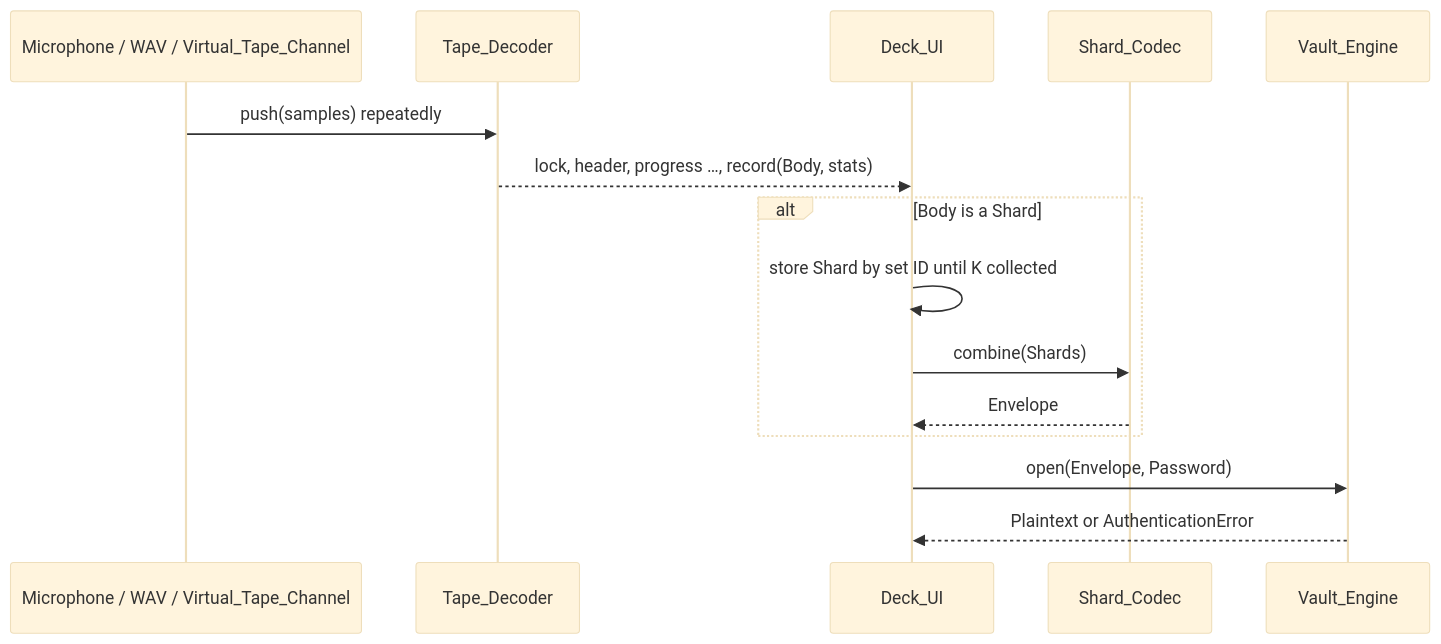
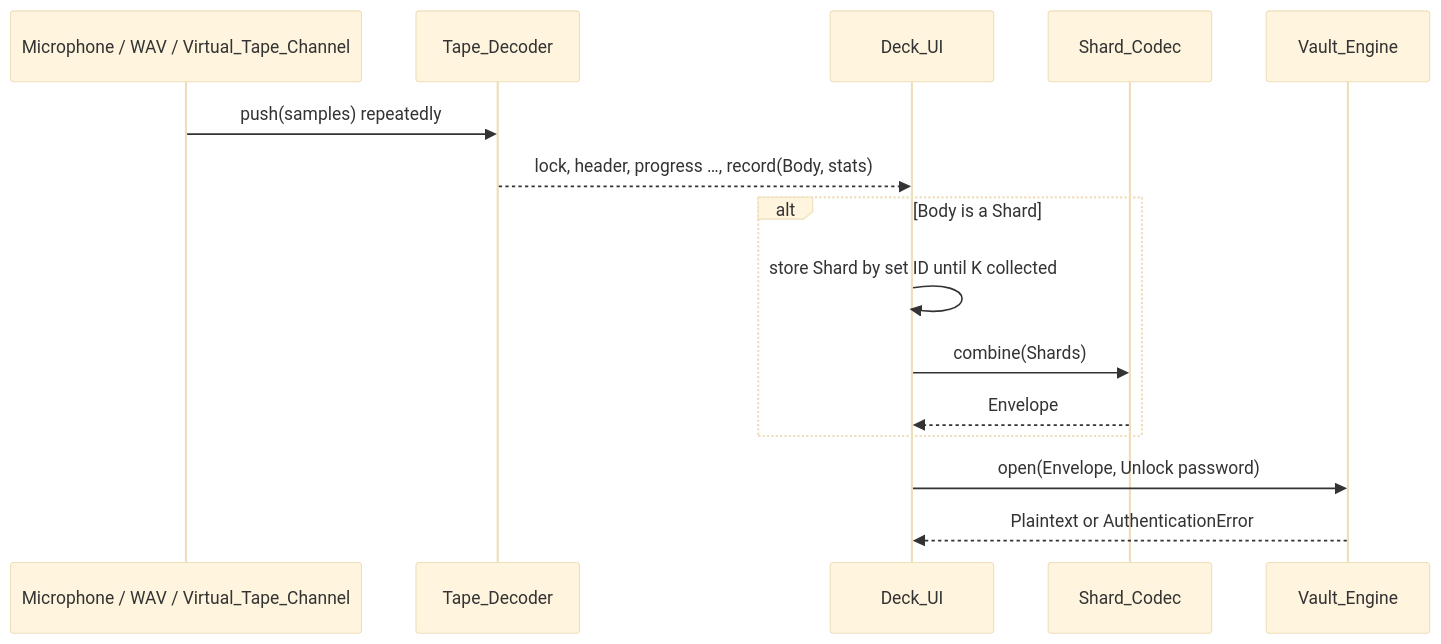
Before and after one commit to christian783/BaudVault: the third of 4 diagrams in .kiro/specs/baudvault-core/design.md, drawn with Mermaid (base theme). The commit also changed other lines of this file and 12 other files, not shown here.

First line of the commit message:
feat(ui,docs): Add Unlock password field and separate Lock/Unlock authentication

````diff
--- a/.kiro/specs/baudvault-core/design.md
+++ b/.kiro/specs/baudvault-core/design.md
@@ -512,17 +522,17 @@
 ```mermaid
 sequenceDiagram
   participant A as Microphone / WAV / Virtual_Tape_Channel
   participant D as Tape_Decoder
   participant UI as Deck_UI
   participant S as Shard_Codec
   participant V as Vault_Engine
   A->>D: push(samples) repeatedly
   D-->>UI: lock, header, progress …, record(Body, stats)
   alt Body is a Shard
     UI->>UI: store Shard by set ID until K collected
     UI->>S: combine(Shards)
     S-->>UI: Envelope
   end
-  UI->>V: open(Envelope, Password)
+  UI->>V: open(Envelope, Unlock password)
   V-->>UI: Plaintext or AuthenticationError
 ```
````
